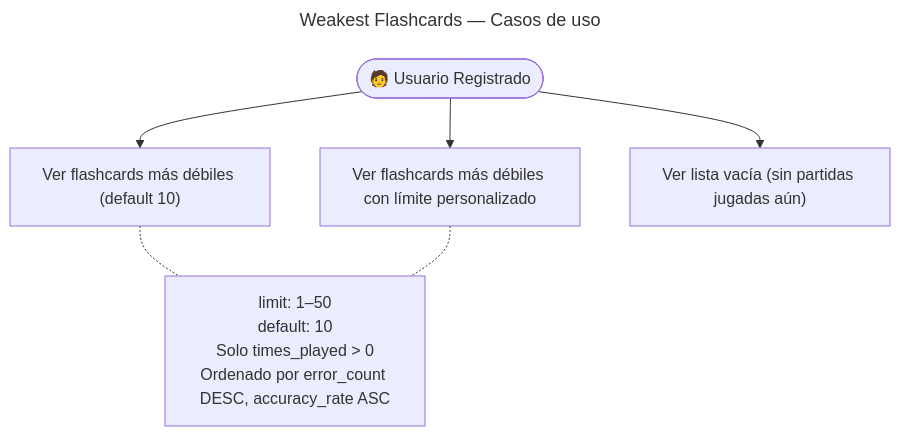
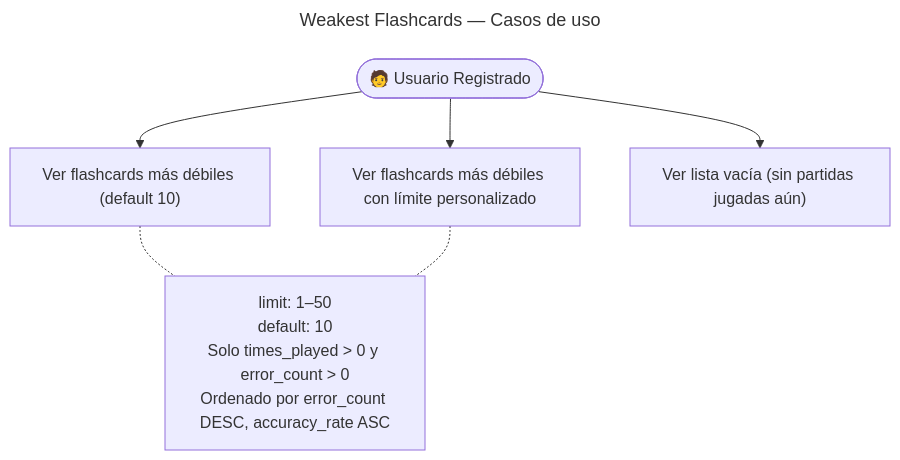
Before and after one commit to AbrahamVilchesDeLaCruz/ididntcatchthat: the diagram in docs/apps/api/progress/weakest-flashcards/usecases.md, drawn with Mermaid. The commit also changed other lines of this file and 36 other files, not shown here.

````diff
--- a/docs/apps/api/progress/weakest-flashcards/usecases.md
+++ b/docs/apps/api/progress/weakest-flashcards/usecases.md
@@ -3,19 +3,19 @@
 ```mermaid
 ---
 title: Weakest Flashcards — Casos de uso
 ---
 graph TB
     User(["🧑 Usuario Registrado"])
 
     UC1["Ver flashcards más débiles (default 10)"]
     UC2["Ver flashcards más débiles con límite personalizado"]
     UC3["Ver lista vacía (sin partidas jugadas aún)"]
 
     User --> UC1
     User --> UC2
     User --> UC3
 
-    note1["limit: 1–50\ndefault: 10\nSolo times_played > 0\nOrdenado por error_count DESC, accuracy_rate ASC"]
+    note1["limit: 1–50\ndefault: 10\nSolo times_played > 0 y error_count > 0\nOrdenado por error_count DESC, accuracy_rate ASC"]
     UC1 -.- note1
     UC2 -.- note1
 ```
````
